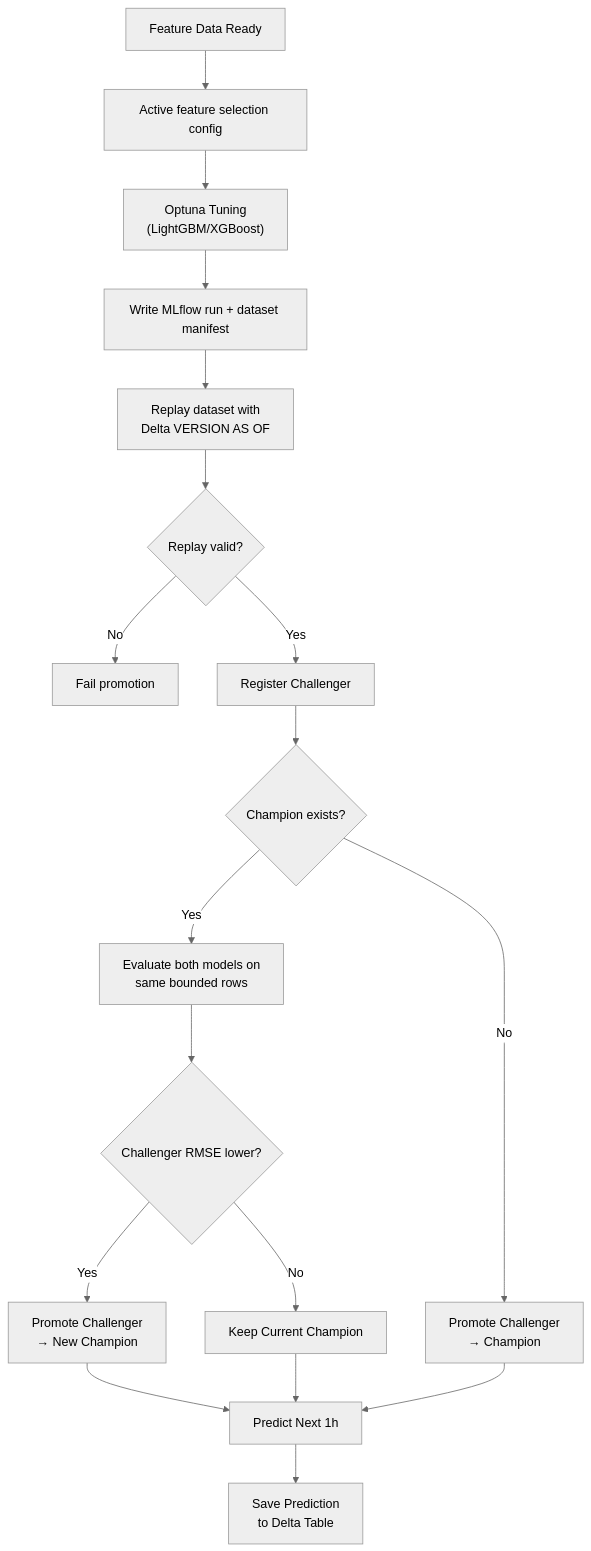
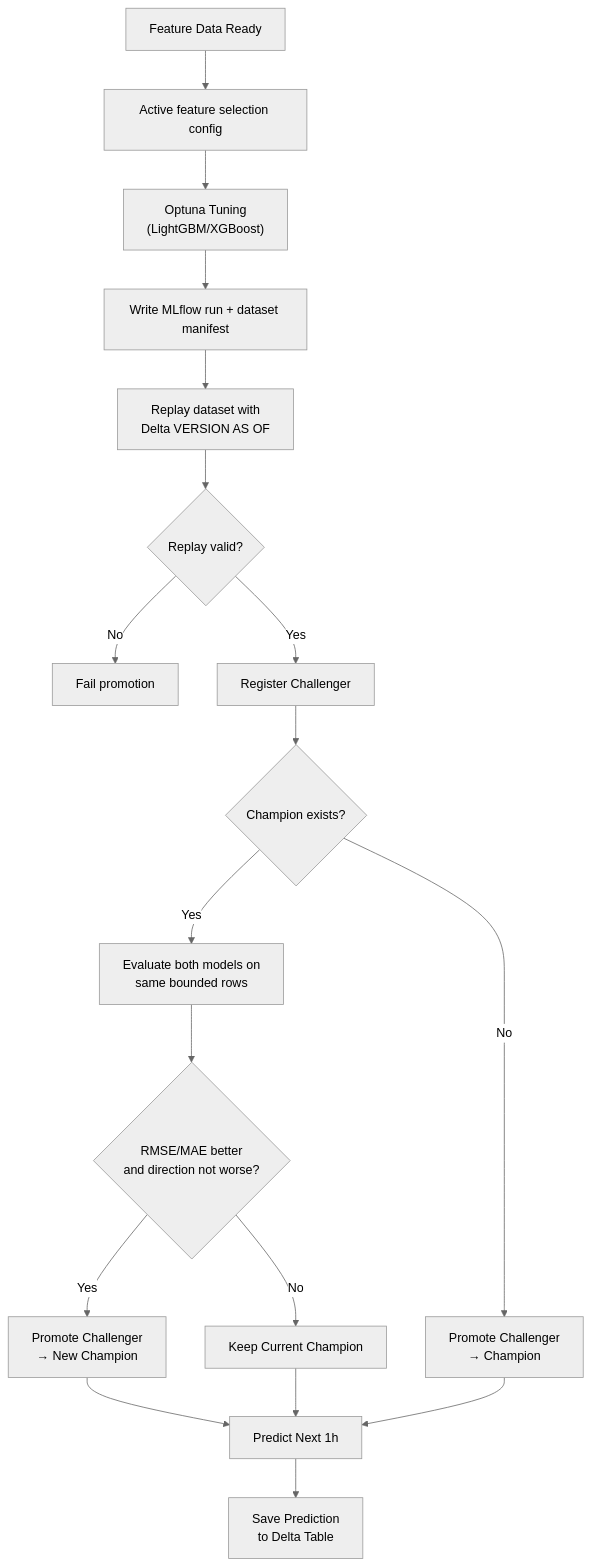
Before and after one commit to dunglk85/btc_mle_dbr: the second of 2 diagrams in _bmad-output/planning-artifacts/implementation_plan.md, drawn with Mermaid (neutral theme). The commit also changed other lines of this file and 6 other files, not shown here.

````diff
--- a/_bmad-output/planning-artifacts/implementation_plan.md
+++ b/_bmad-output/planning-artifacts/implementation_plan.md
@@ -231,20 +231,20 @@
 ```mermaid
 flowchart TD
     A["Feature Data Ready"] --> Z["Active feature selection config"]
     Z --> B["Optuna Tuning<br/>(LightGBM/XGBoost)"]
     B --> C["Write MLflow run + dataset manifest"]
     C --> R["Replay dataset with<br/>Delta VERSION AS OF"]
     R --> D{"Replay valid?"}
     D -->|No| X["Fail promotion"]
     D -->|Yes| Y["Register Challenger"]
     Y --> E{"Champion exists?"}
     E -->|No| P["Promote Challenger<br/>→ Champion"]
     E -->|Yes| F["Evaluate both models on<br/>same bounded rows"]
-    F --> G{"Challenger RMSE lower?"}
+    F --> G{"RMSE/MAE better<br/>and direction not worse?"}
     G -->|Yes| H["Promote Challenger<br/>→ New Champion"]
     G -->|No| I["Keep Current Champion"]
     H --> J["Predict Next 1h"]
     I --> J
     P --> J
     J --> K["Save Prediction<br/>to Delta Table"]
 ```
````
